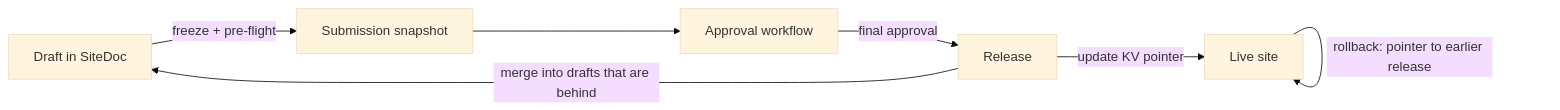
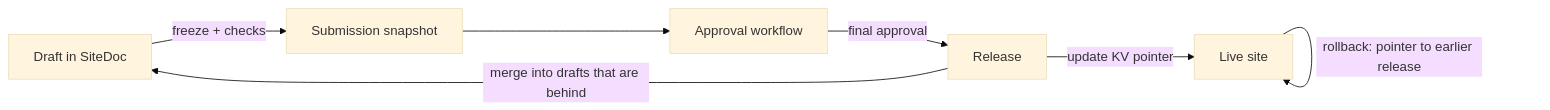
One commit to AdiRishi/pakshi changed the second of 3 diagrams in docs/technical-design.mdx. Above: the diagram before and after it, drawn with Mermaid (base theme). The commit also changed other lines of this file and 20 other files, not shown here.

Commit message:
Call pre-flight the checks a draft passes before it's submitted

````diff
--- a/docs/technical-design.mdx
+++ b/docs/technical-design.mdx
@@ -271,9 +271,9 @@
 ```mermaid
 flowchart LR
-  D[Draft in SiteDoc] -->|freeze + pre-flight| S[Submission snapshot]
+  D[Draft in SiteDoc] -->|freeze + checks| S[Submission snapshot]
   S --> A[Approval workflow]
   A -->|final approval| R[Release]
   R -->|update KV pointer| L[Live site]
   L -->|rollback: pointer to earlier release| L
   R -->|merge into drafts that are behind| D
 ```
````
